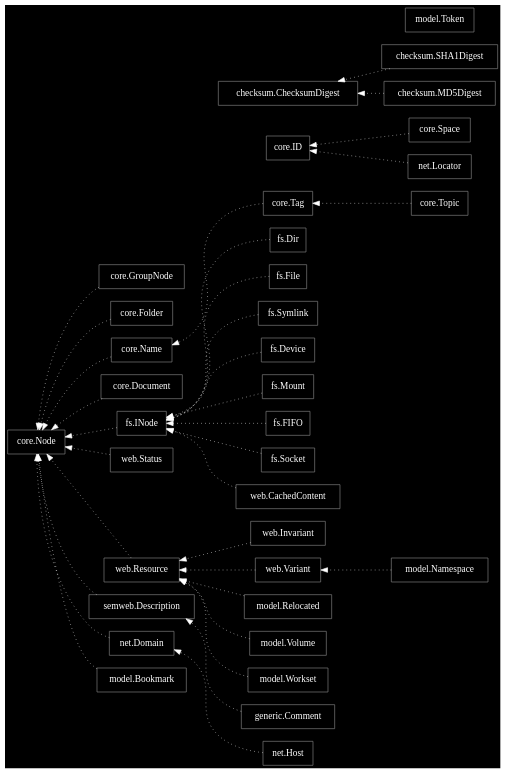
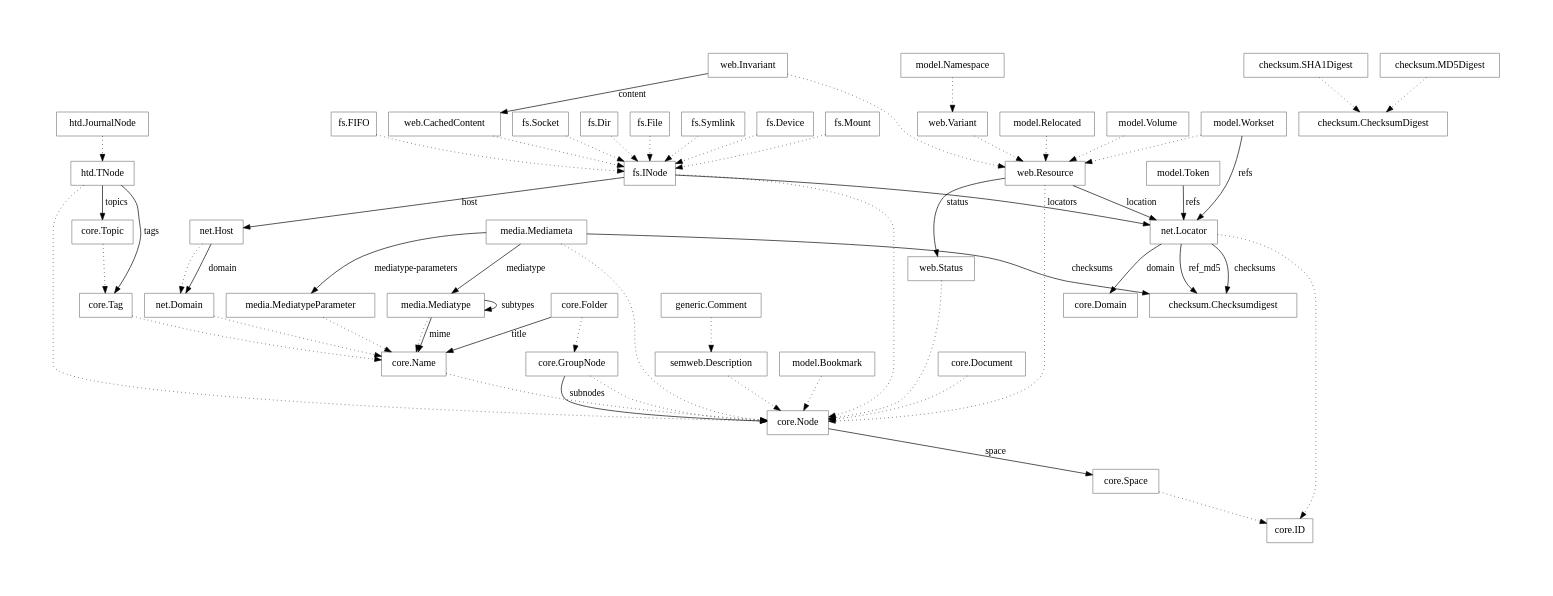
Before and after one commit to dotmpe/script-mpe: the diagram in doc/taxus-classes.en.dot.gv, drawn with Graphviz. The commit also changed 4 other files, not shown here.

```diff
--- a/doc/taxus-classes.en.dot.gv
+++ b/doc/taxus-classes.en.dot.gv
@@ -1,70 +1,108 @@
 digraph "doc_taxus_classes_en_dot" {
 	graph [
 		fontsize = "14"
 		fontname = "Times-Roman"
 		fontcolor = "black"
-		bgcolor = "black"
-		rankdir = "RL"
+    pad = 1
 	]
 	node [
-		fontsize = "14"
+		fontsize = "15"
 		fontname = "Bitstream Vera Sans"
-		fontcolor = "white"
 		shape = "record"
 		style = "solid"
 		color = "grey"
 	]
 	edge [
 		fontsize = "14"
 		fontname = "Bitstream Vera Sans"
-		fontcolor = "yellow"
 		style = "dotted"
-		color = "white"
 		weight = "4"
 	]
 
 	"core.Node" ; //-> SQLBase ;
 	"core.ID" ; //-> SQLBase ;
 
   "core.GroupNode" -> "core.Node" ;
-  "core.Folder" -> "core.Node" ;
+  "core.Folder" -> "core.GroupNode" ;
   "core.Space" -> "core.ID" ;
+
   "core.Name" -> "core.Node" ;
   "core.Tag" -> "core.Name" ;
   "core.Topic" -> "core.Tag" ;
   "core.Document" -> "core.Node" ;
 
 	"checksum.ChecksumDigest" ; //-> SQLBase ;
   "checksum.SHA1Digest" -> "checksum.ChecksumDigest" ;
   "checksum.MD5Digest" -> "checksum.ChecksumDigest" ;
 
   "fs.INode" -> "core.Node" ;
   "fs.Dir" -> "fs.INode" ;
   "fs.File" -> "fs.INode" ;
   "fs.Symlink" -> "fs.INode" ;
   "fs.Device" -> "fs.INode" ;
   "fs.Mount" -> "fs.INode" ;
   "fs.FIFO" -> "fs.INode" ;
   "fs.Socket" -> "fs.INode" ;
 
   "web.CachedContent" -> "fs.INode" ;
   "web.Status" -> "core.Node" ;
   "web.Resource" -> "core.Node" ;
   "web.Invariant" -> "web.Resource" ;
   "web.Variant" -> "web.Resource" ;
 
   "semweb.Description" -> "core.Node" ;
   "generic.Comment" -> "semweb.Description" ;
 
-  "net.Domain" -> "core.Node" ;
+  "net.Domain" -> "core.Name" ;
   "net.Host" -> "net.Domain" ;
   "net.Locator" -> "core.ID" ;
 
   "model.Namespace" -> "web.Variant" ;
   "model.Relocated" -> "web.Resource" ;
   "model.Volume" -> "web.Resource" ;
   "model.Bookmark" -> "core.Node" ;
   "model.Workset" -> "web.Resource" ;
 	"model.Token" ; //-> SQLBase ;
 
+  "media.Mediatype" -> "core.Name" [] ;
+  "media.MediatypeParameter" -> "core.Name" [] ;
+  //"media.Genre" -> "core.Name" [] ;
+  "media.Mediameta" -> "core.Node" [] ;
+
+  "htd.TNode" -> "core.Node" ;
+  "htd.JournalNode" -> "htd.TNode" ;
+
+
+  edge [ style="normal" ] ;
+
+  "core.Node" -> "core.Space" [ label="space" ];
+  "core.GroupNode" -> "core.Node" [ label="subnodes" ];
+  "core.Folder" -> "core.Name" [ label=title ] ;
+
+  "fs.INode" -> "net.Host" [ label="host" ];
+  "net.Host" -> "net.Domain" [ label="domain" ];
+  "fs.INode" -> "net.Locator" [ label="locators" ];
+
+  "htd.TNode" -> "core.Tag" [ label="tags" ];
+  "htd.TNode" -> "core.Topic" [ label="topics" ];
+
+  "media.Mediatype" -> "core.Name" [ label=mime ] ;
+  "media.Mediatype" -> "media.Mediatype" [ label=subtypes ] ;
+
+  "media.Mediameta" -> "checksum.Checksumdigest" [ label=checksums ] ;
+  "media.Mediameta" -> "media.Mediatype" [ label=mediatype ] ;
+  "media.Mediameta" -> "media.MediatypeParameter" [ label="mediatype-parameters" ] ;
+
+  //"media.Mediameta" -> "media.Genre" [ label=genres ] ;
+
+  "model.Workset" -> "net.Locator" [ label=refs ] ;
+  "model.Token" -> "net.Locator" [ label=refs ] ;
+
+  "net.Locator" -> "checksum.Checksumdigest" [ label=ref_md5 ] ;
+  "net.Locator" -> "checksum.Checksumdigest" [ label=checksums ] ;
+  "net.Locator" -> "core.Domain" [ label=domain ] ;
+
+  "web.Resource" -> "web.Status" [ label=status ] ;
+  "web.Resource" -> "net.Locator" [ label=location ] ;
+  "web.Invariant" -> "web.CachedContent" [ label=content ] ;
 }
```
